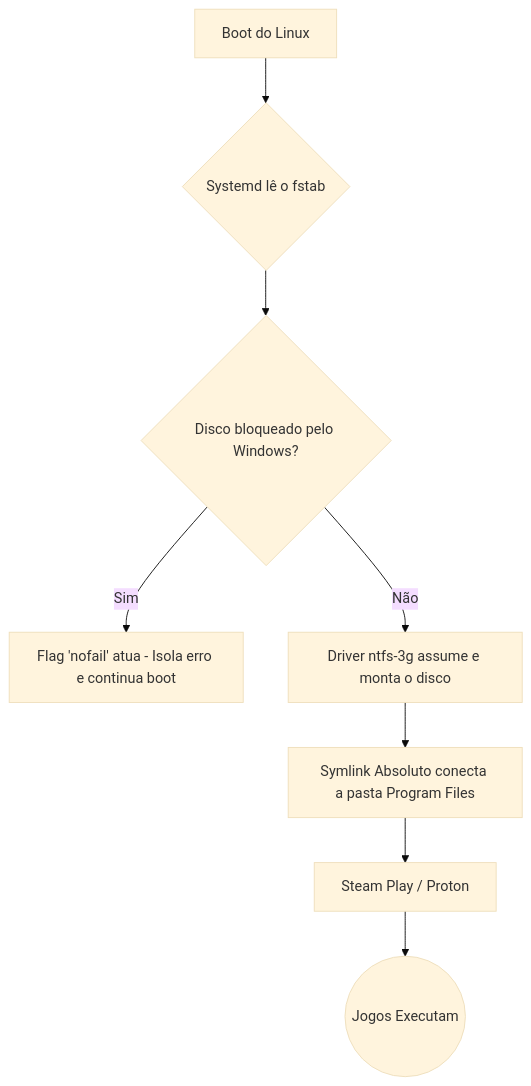
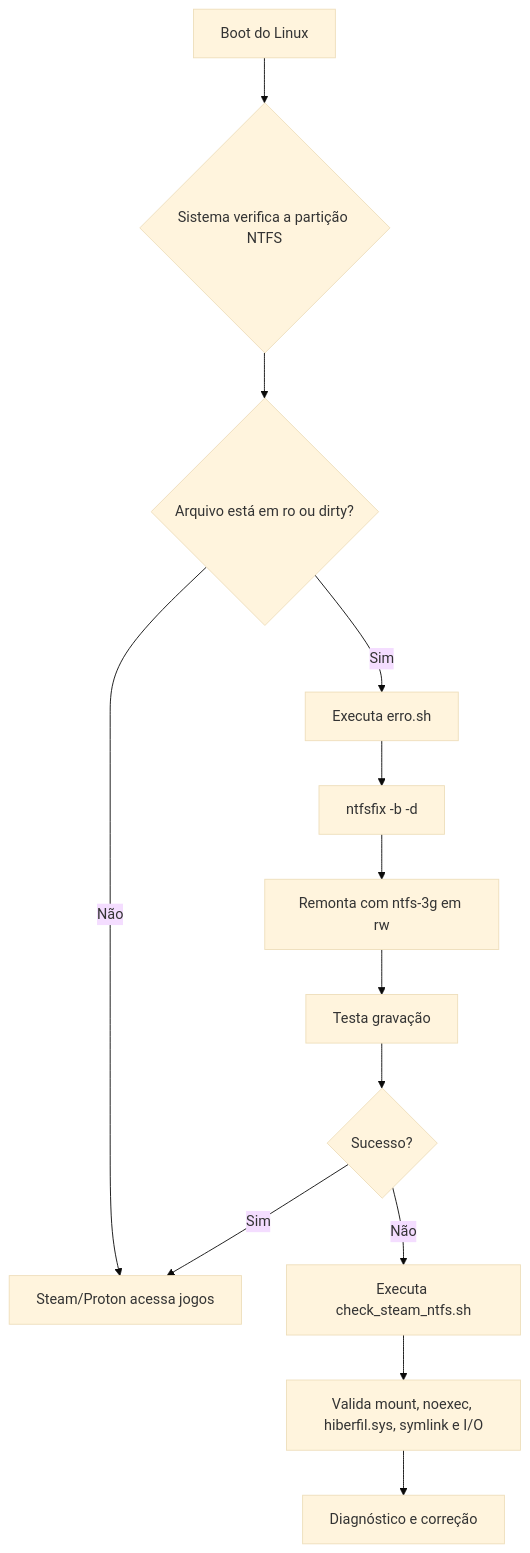
Before and after one commit to tiagonunes1337/linux-troubleshooting: the diagram in jogos/steam-ntfs/README.md, drawn with Mermaid (base theme). The commit also changed other lines of this file and 6 other files, not shown here.

````diff
--- a/jogos/steam-ntfs/README.md
+++ b/jogos/steam-ntfs/README.md
@@ -127,10 +114,15 @@
 ```mermaid
 flowchart TD
-    A[Boot do Linux] --> B{Systemd lê o fstab}
-    B --> C{Disco bloqueado pelo Windows?}
-    C -->|Sim| D[Flag 'nofail' atua - Isola erro e continua boot]
-    C -->|Não| E[Driver ntfs-3g assume e monta o disco]
-    E --> F[Symlink Absoluto conecta a pasta Program Files]
-    F --> G[Steam Play / Proton]
-    G --> H((Jogos Executam))
+    A[Boot do Linux] --> B{Sistema verifica a partição NTFS}
+    B --> C{Arquivo está em ro ou dirty?}
+    C -->|Sim| D[Executa erro.sh]
+    D --> E[ntfsfix -b -d]
+    E --> F[Remonta com ntfs-3g em rw]
+    F --> G[Testa gravação]
+    G --> H{Sucesso?}
+    H -->|Sim| I[Steam/Proton acessa jogos]
+    H -->|Não| J[Executa check_steam_ntfs.sh]
+    J --> K[Valida mount, noexec, hiberfil.sys, symlink e I/O]
+    K --> L[Diagnóstico e correção]
+    C -->|Não| I
 ```
````
